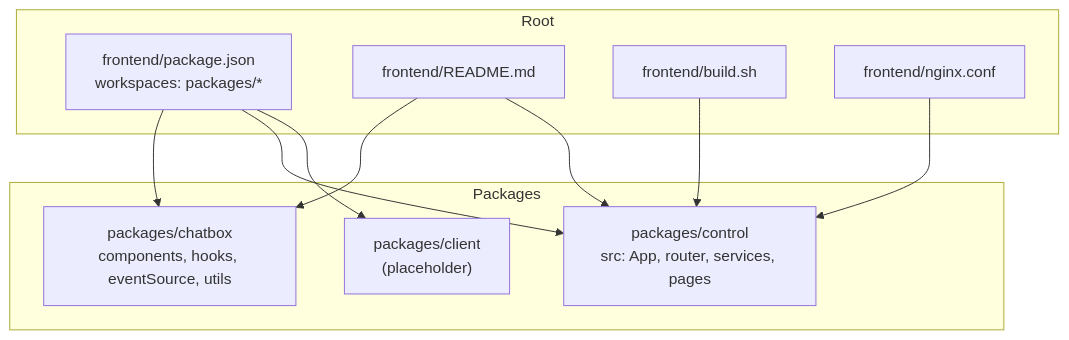
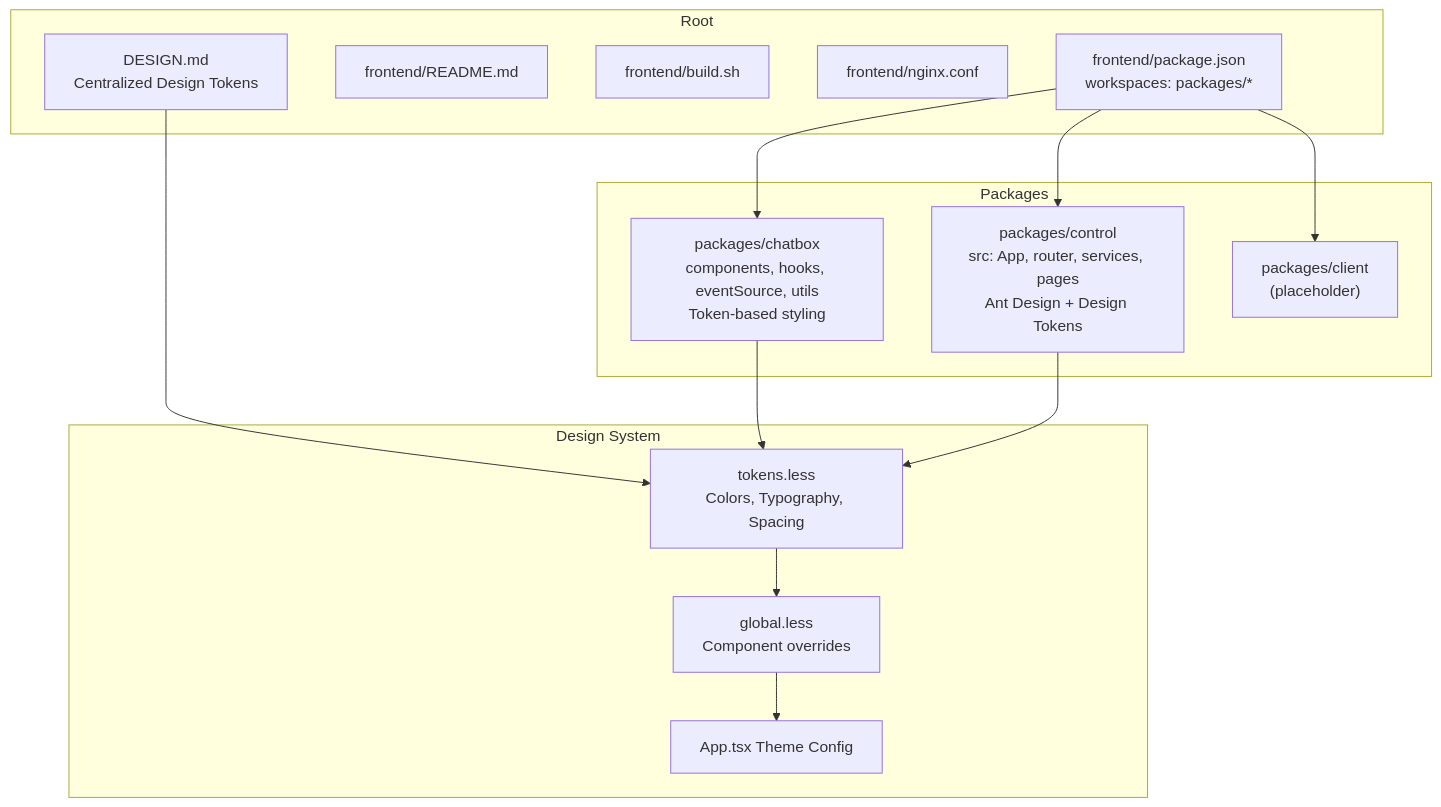
Before and after one commit to alibaba/tron-one-agent: the first of 8 diagrams in .qoder/repowiki/en/content/Frontend Architecture/Frontend Architecture.md, drawn with Mermaid. The commit also changed other lines of this file and 6 other files, not shown here.

````diff
--- a/.qoder/repowiki/en/content/Frontend Architecture/Frontend Architecture.md
+++ b/.qoder/repowiki/en/content/Frontend Architecture/Frontend Architecture.md
@@ -44,21 +57,28 @@
 ```mermaid
 graph TB
 subgraph "Root"
 R_pkg["frontend/package.json<br/>workspaces: packages/*"]
 R_readme["frontend/README.md"]
 R_build["frontend/build.sh"]
 R_nginx["frontend/nginx.conf"]
+R_design["DESIGN.md<br/>Centralized Design Tokens"]
 end
 subgraph "Packages"
-P_chatbox["packages/chatbox<br/>components, hooks, eventSource, utils"]
-P_control["packages/control<br/>src: App, router, services, pages"]
+P_chatbox["packages/chatbox<br/>components, hooks, eventSource, utils<br/>Token-based styling"]
+P_control["packages/control<br/>src: App, router, services, pages<br/>Ant Design + Design Tokens"]
 P_client["packages/client<br/>(placeholder)"]
+end
+subgraph "Design System"
+DS_tokens["tokens.less<br/>Colors, Typography, Spacing"]
+DS_global["global.less<br/>Component overrides"]
+DS_app_theme["App.tsx Theme Config"]
 end
 R_pkg --> P_chatbox
 R_pkg --> P_control
 R_pkg --> P_client
-R_readme --> P_chatbox
-R_readme --> P_control
-R_build --> P_control
-R_nginx --> P_control
+R_design --> DS_tokens
+DS_tokens --> DS_global
+DS_global --> DS_app_theme
+P_chatbox --> DS_tokens
+P_control --> DS_tokens
 ```
````
